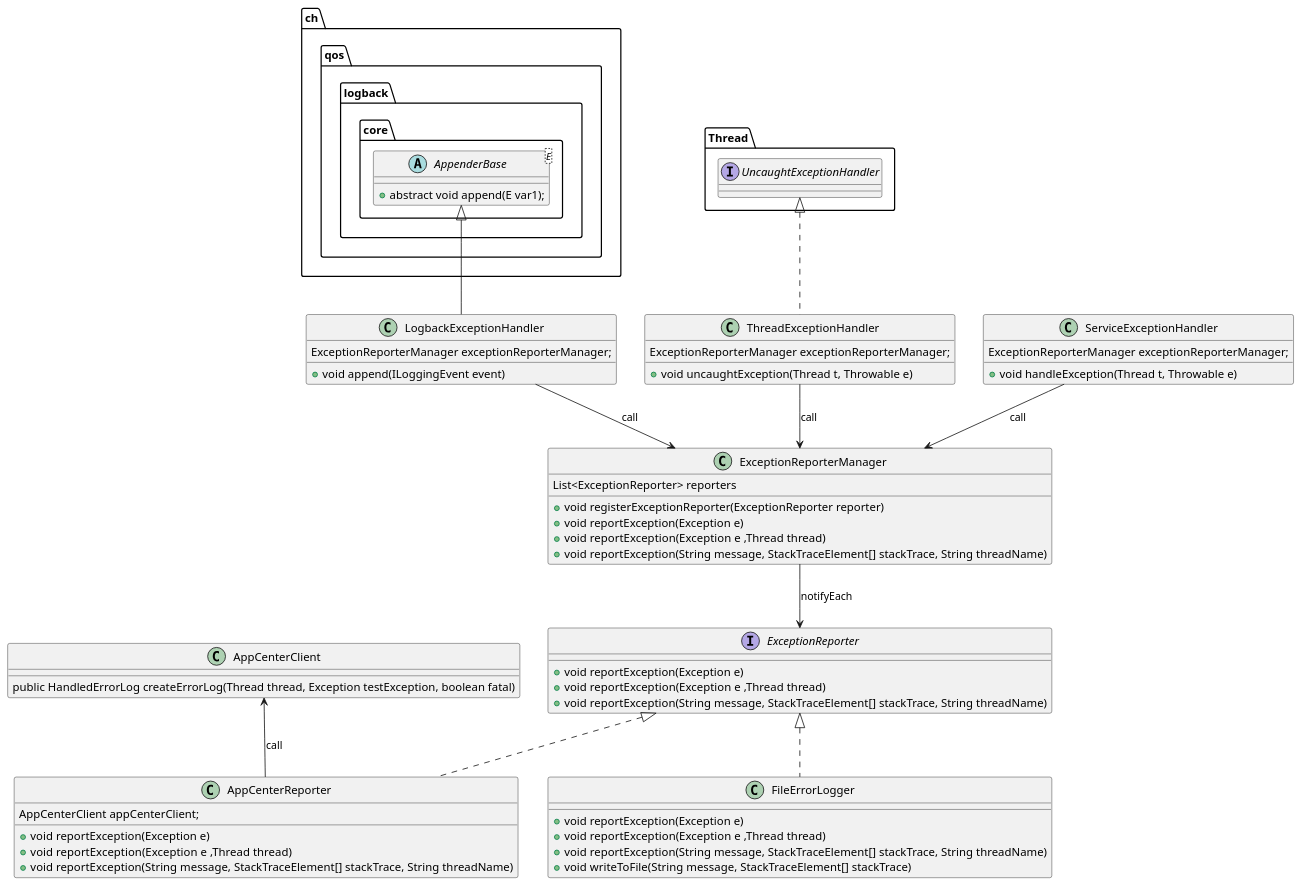
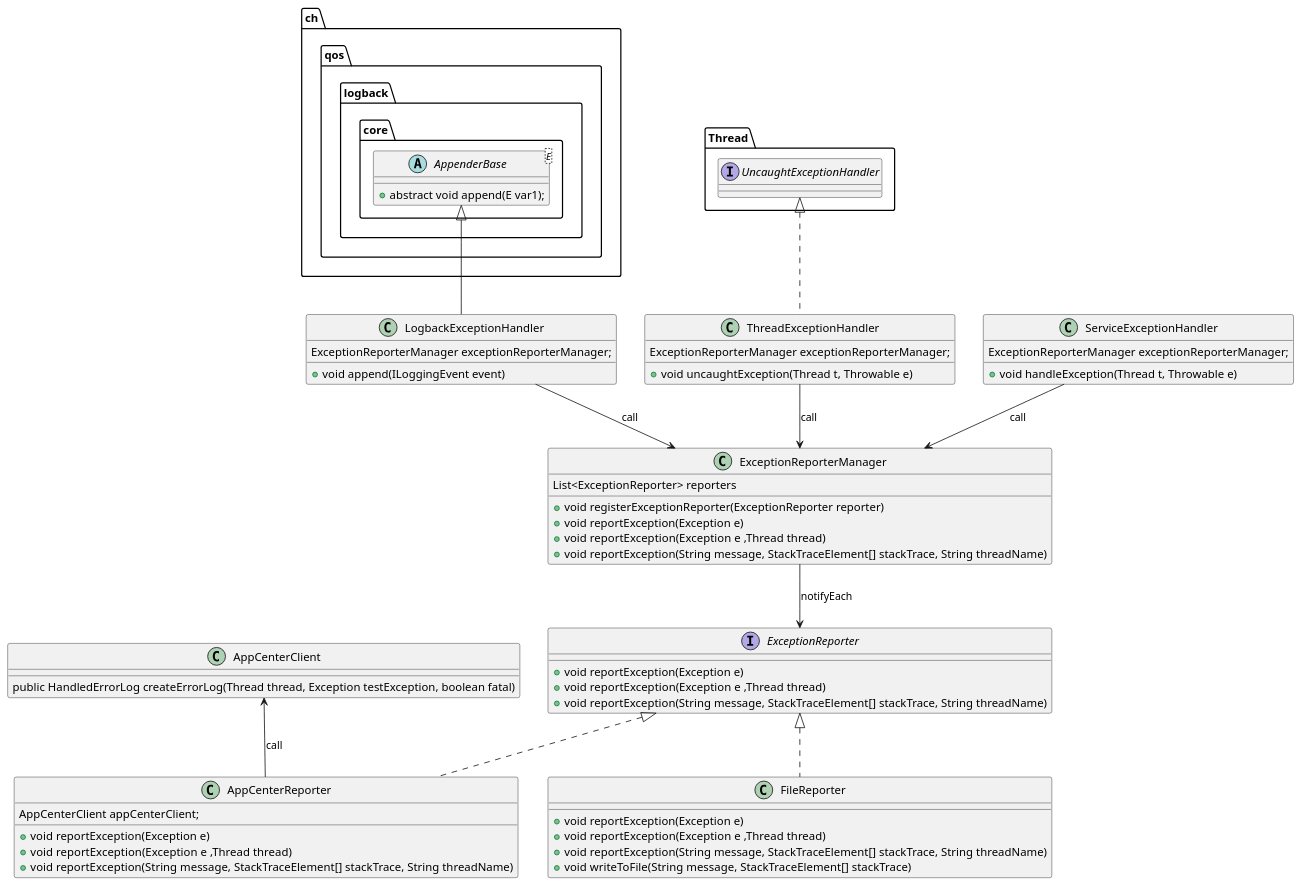
Before and after one commit to microsoft/HydraLab: the diagram in agent/doc/UML/hydra_lab_exception_monitor_design.puml, drawn with PlantUML. The commit also changed 1 other file, not shown here.

```diff
--- a/agent/doc/UML/hydra_lab_exception_monitor_design.puml
+++ b/agent/doc/UML/hydra_lab_exception_monitor_design.puml
@@ -1,62 +1,62 @@
 @startuml exception_monitor
 interface ExceptionReporter {
     + void reportException(Exception e)
     + void reportException(Exception e ,Thread thread)
     + void reportException(String message, StackTraceElement[] stackTrace, String threadName)
 }
 
 class ExceptionReporterManager {
     List<ExceptionReporter> reporters
     + void registerExceptionReporter(ExceptionReporter reporter)
     + void reportException(Exception e)
     + void reportException(Exception e ,Thread thread)
     + void reportException(String message, StackTraceElement[] stackTrace, String threadName)
 }
 
 class AppCenterReporter implements ExceptionReporter {
     AppCenterClient appCenterClient;
 
     + void reportException(Exception e)
     + void reportException(Exception e ,Thread thread)
     + void reportException(String message, StackTraceElement[] stackTrace, String threadName)
 }
 
 
-class FileErrorLogger implements ExceptionReporter {
+class FileReporter implements ExceptionReporter {
     + void reportException(Exception e)
     + void reportException(Exception e ,Thread thread)
     + void reportException(String message, StackTraceElement[] stackTrace, String threadName)
     + void writeToFile(String message, StackTraceElement[] stackTrace)
 }
 
 class AppCenterClient{
     public HandledErrorLog createErrorLog(Thread thread, Exception testException, boolean fatal)
 }
 
 AppCenterClient <-- AppCenterReporter : call
 
 abstract class ch.qos.logback.core.AppenderBase<E> {
     + abstract void append(E var1);
 }
 
 class LogbackExceptionHandler extends ch.qos.logback.core.AppenderBase {
     ExceptionReporterManager exceptionReporterManager;
     + void append(ILoggingEvent event)
 }
 
 class ThreadExceptionHandler implements Thread.UncaughtExceptionHandler {
     ExceptionReporterManager exceptionReporterManager;
     + void uncaughtException(Thread t, Throwable e)
 }
 
 class ServiceExceptionHandler {
     ExceptionReporterManager exceptionReporterManager;
     + void handleException(Thread t, Throwable e)
 }
 
 LogbackExceptionHandler --> ExceptionReporterManager : call
 ThreadExceptionHandler --> ExceptionReporterManager : call
 ServiceExceptionHandler --> ExceptionReporterManager : call
 
 ExceptionReporterManager --> ExceptionReporter : notifyEach
 @enduml
```
